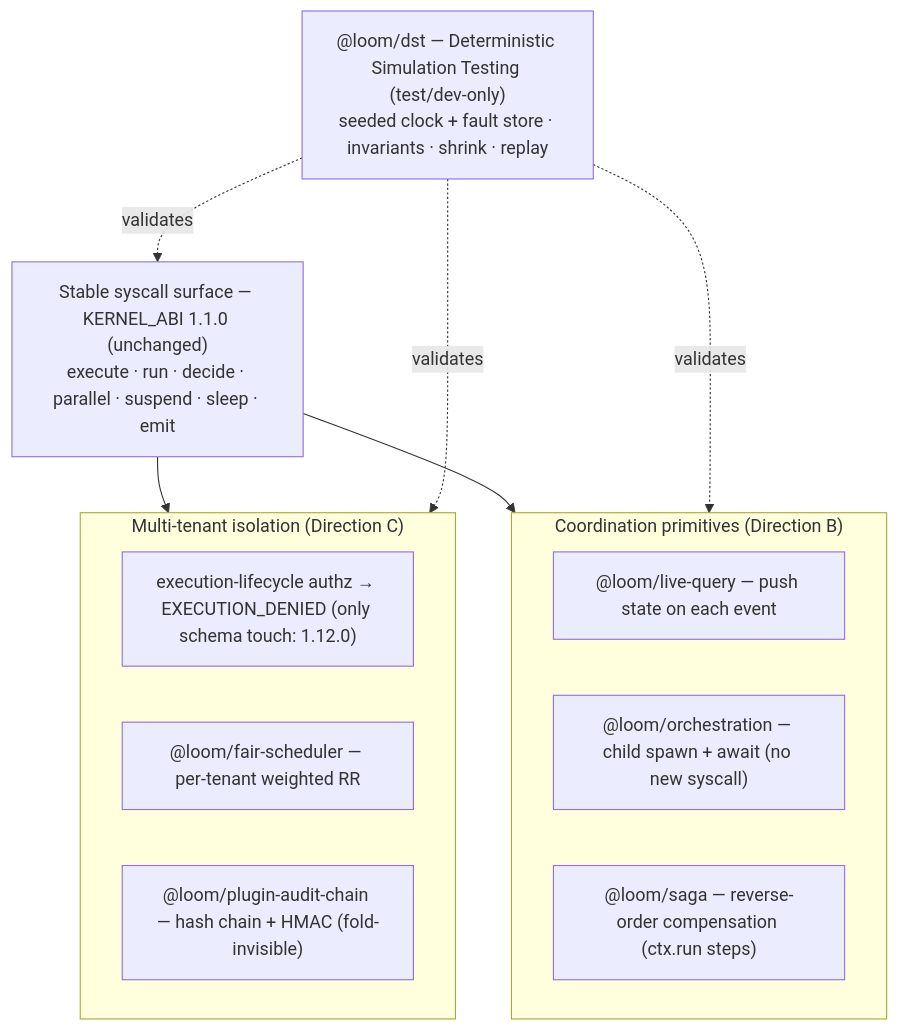
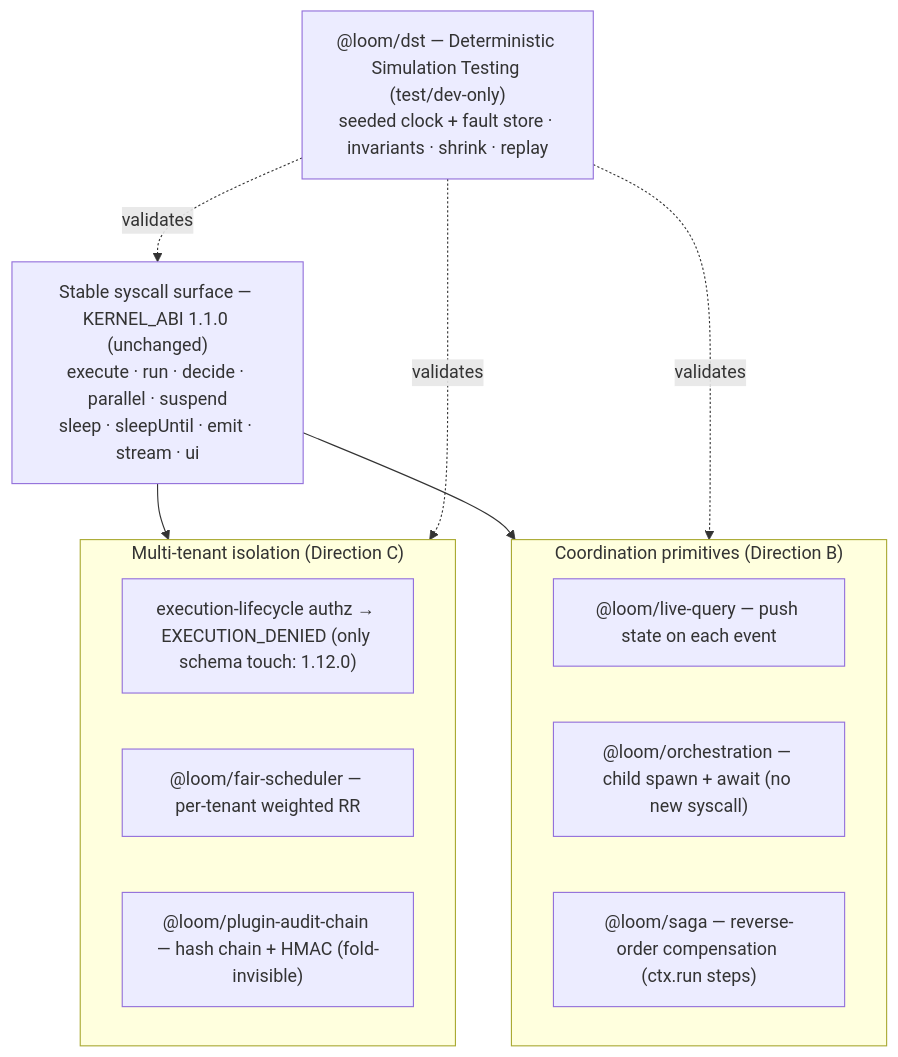
One commit to chhetrisushil/loom changed diagram 12 of 13 in docs/architecture.md. Above: the diagram before and after it, drawn with Mermaid. The commit also changed other lines of this file and 4 other files, not shown here.

First line of the commit message:
docs(architecture): the package map, the agentic layer, and three short syscall lists

````diff
--- a/docs/architecture.md
+++ b/docs/architecture.md
@@ -422,24 +423,24 @@
 ```mermaid
 flowchart TB
-  Sys["Stable syscall surface — KERNEL_ABI 1.1.0 (unchanged)<br/>execute · run · decide · parallel · suspend · sleep · emit"]
+  Sys["Stable syscall surface — KERNEL_ABI 1.1.0 (unchanged)<br/>execute · run · decide · parallel · suspend<br/>sleep · sleepUntil · emit · stream · ui"]
 
   subgraph Iso["Multi-tenant isolation (Direction C)"]
     AZ["execution-lifecycle authz → EXECUTION_DENIED (only schema touch: 1.12.0)"]
     FS["@loom/fair-scheduler — per-tenant weighted RR"]
     AC["@loom/plugin-audit-chain — hash chain + HMAC (fold-invisible)"]
   end
 
   subgraph Coord["Coordination primitives (Direction B)"]
     LQ["@loom/live-query — push state on each event"]
     OR["@loom/orchestration — child spawn + await (no new syscall)"]
     SG["@loom/saga — reverse-order compensation (ctx.run steps)"]
   end
 
   DST["@loom/dst — Deterministic Simulation Testing (test/dev-only)<br/>seeded clock + fault store · invariants · shrink · replay"]
 
   Sys --> Iso
   Sys --> Coord
   DST -.validates.-> Iso
   DST -.validates.-> Coord
   DST -.validates.-> Sys
 ```
````
